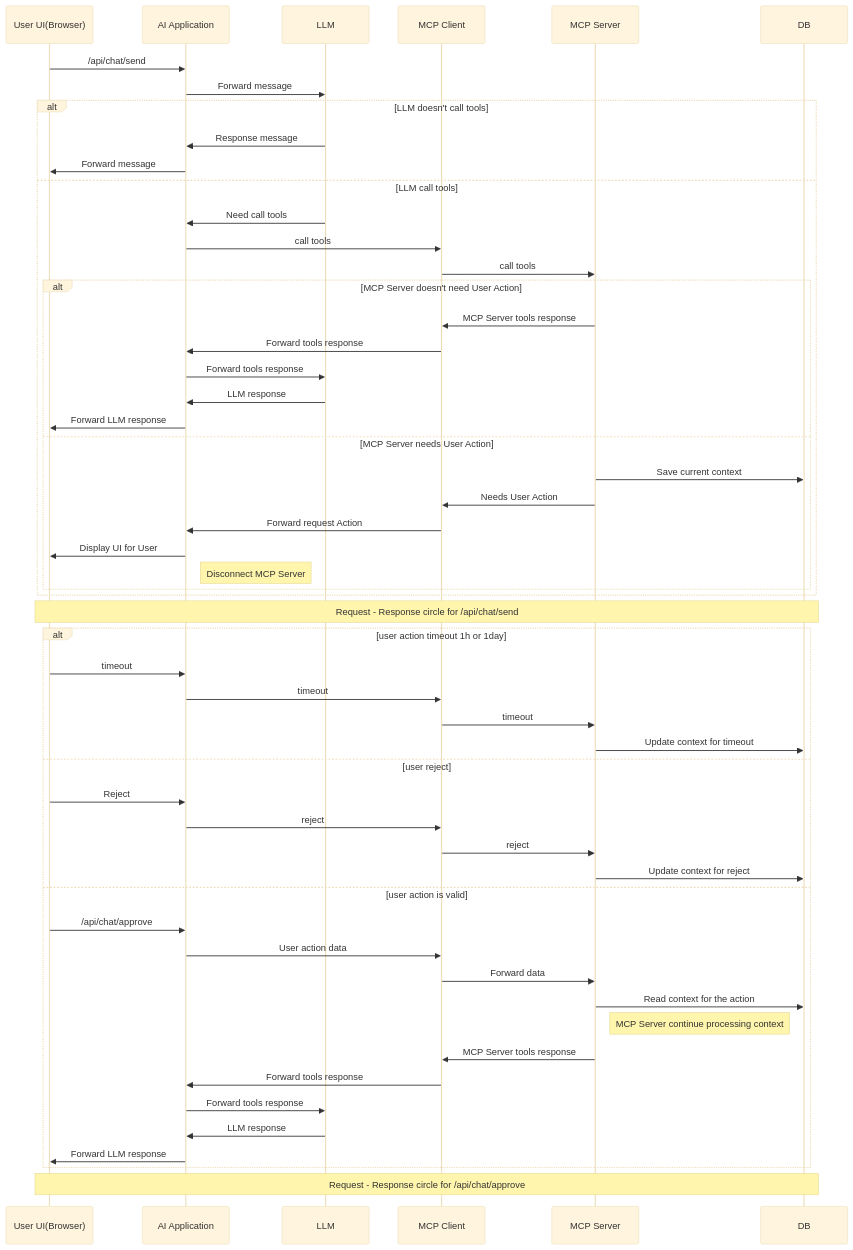
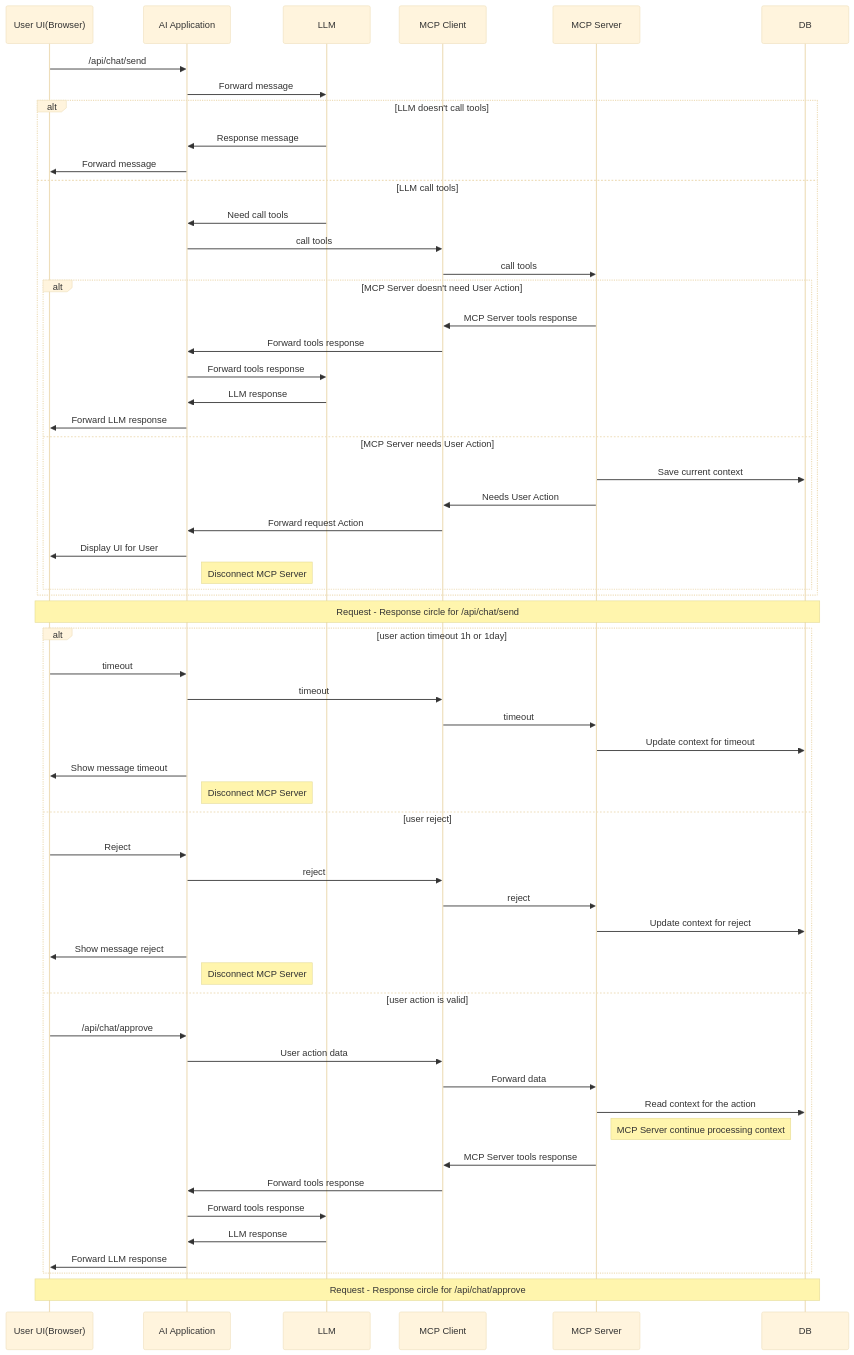
Before and after one commit to lehung1109/chatbot-groq: the diagram in README.md, drawn with Mermaid (base theme).

Commit message:
Enhance README.md sequence diagram by adding user action feedback for timeout and reject scenarios, improving clarity on AI Application interactions with the User.

````diff
--- a/README.md
+++ b/README.md
@@ -57,51 +57,55 @@
 ```mermaid
 sequenceDiagram
     participant User as User UI(Browser)
     User->>AI Application:/api/chat/send
     AI Application->>LLM:Forward message
     alt LLM doesn't call tools
         LLM->>AI Application:Response message
         AI Application->>User:Forward message
     else LLM call tools
         LLM->>AI Application:Need call tools
         AI Application->>MCP Client:call tools
         MCP Client->>MCP Server: call tools
         alt MCP Server doesn't need User Action
             MCP Server->>MCP Client:MCP Server tools response
             MCP Client->>AI Application:Forward tools response
             AI Application->>LLM:Forward tools response
             LLM->>AI Application:LLM response
             AI Application->>User:Forward LLM response
         else MCP Server needs User Action
             MCP Server->>DB:Save current context
             MCP Server->>MCP Client:Needs User Action
             MCP Client->>AI Application:Forward request Action
             AI Application->>User:Display UI for User
             Note right of AI Application:Disconnect MCP Server
         end
     end
     Note over User,DB: Request - Response circle for /api/chat/send
     alt user action timeout 1h or 1day
         User->>AI Application:timeout
         AI Application->>MCP Client:timeout
         MCP Client->>MCP Server:timeout
         MCP Server->>DB:Update context for timeout
+        AI Application->>User:Show message timeout
+        Note right of AI Application:Disconnect MCP Server
     else user reject
         User->>AI Application:Reject
         AI Application->>MCP Client:reject
         MCP Client->>MCP Server:reject
         MCP Server->>DB:Update context for reject
+        AI Application->>User:Show message reject
+        Note right of AI Application:Disconnect MCP Server
     else user action is valid
         User->>AI Application:/api/chat/approve
         AI Application->>MCP Client:User action data
         MCP Client->>MCP Server:Forward data
         MCP Server->>DB:Read context for the action
         Note right of MCP Server:MCP Server continue processing context
         MCP Server->>MCP Client:MCP Server tools response
         MCP Client->>AI Application:Forward tools response
         AI Application->>LLM:Forward tools response
         LLM->>AI Application:LLM response
         AI Application->>User:Forward LLM response
     end
     Note over User,DB: Request - Response circle for /api/chat/approve
 ```
````
